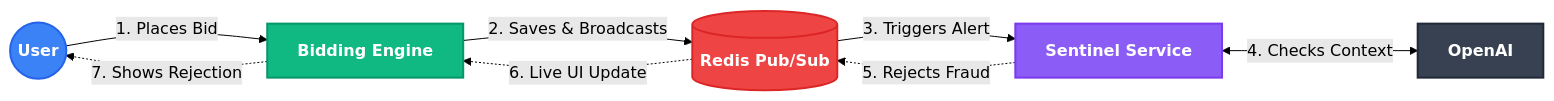
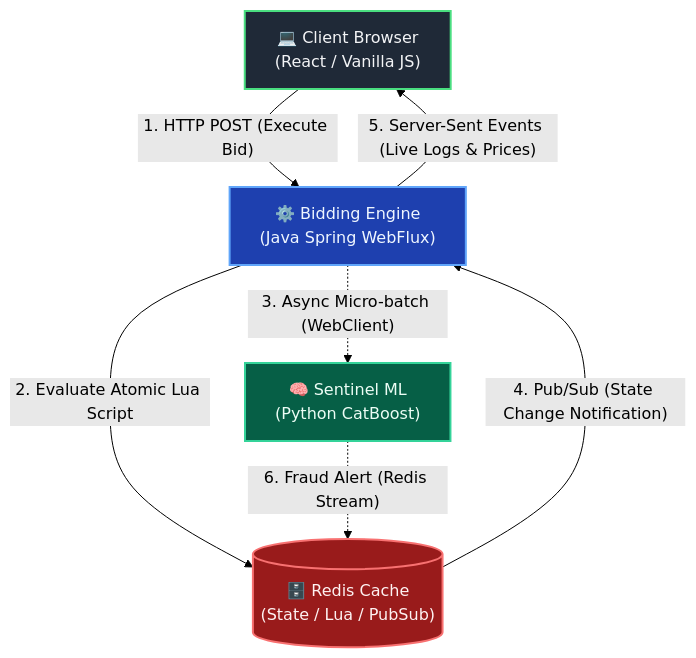
One commit to walker-systems/auction-system changed the first of 2 diagrams in docs/index.md. Above: the diagram before and after it, drawn with Mermaid (forest theme). The commit also changed other lines of this file, not shown here.

````diff
--- a/docs/index.md
+++ b/docs/index.md
@@ -9,25 +34,22 @@
 ```mermaid
-graph LR
-    %% Define styles
-    classDef user fill:#3b82f6,stroke:#2563eb,stroke-width:2px,color:#fff,font-weight:bold;
-    classDef core fill:#10b981,stroke:#059669,stroke-width:2px,color:#fff,font-weight:bold;
-    classDef db fill:#ef4444,stroke:#dc2626,stroke-width:2px,color:#fff,font-weight:bold;
-    classDef ai fill:#8b5cf6,stroke:#7c3aed,stroke-width:2px,color:#fff,font-weight:bold;
-    classDef external fill:#374151,stroke:#1f2937,stroke-width:2px,color:#fff,font-weight:bold;
+graph TD
+    %% Styling Definitions
+    classDef client fill:#1f2937,stroke:#4ade80,stroke-width:2px,color:#f3f4f6
+    classDef engine fill:#1e40af,stroke:#60a5fa,stroke-width:2px,color:#eff6ff
+    classDef redis fill:#991b1b,stroke:#f87171,stroke-width:2px,color:#fef2f2
+    classDef python fill:#065f46,stroke:#34d399,stroke-width:2px,color:#ecfdf5
 
     %% Nodes
-    User((User)):::user
-    BE[Bidding Engine]:::core
-    Redis[(Redis Pub/Sub)]:::db
-    Sentinel[Sentinel Service]:::ai
-    LLM[OpenAI]:::external
+    Client["💻 Client Browser<br/>(React / Vanilla JS)"]:::client
+    Engine["⚙️ Bidding Engine<br/>(Java Spring WebFlux)"]:::engine
+    Redis[("🗄️ Redis Cache<br/>(State / Lua / PubSub)")]:::redis
+    Sentinel["🧠 Sentinel ML<br/>(Python CatBoost)"]:::python
 
-    %% Flow
-    User -->|1. Places Bid| BE
-    BE -->|2. Saves & Broadcasts| Redis
-    Redis -->|3. Triggers Alert| Sentinel
-    Sentinel <-->|4. Checks Context| LLM
-    Sentinel -.->|5. Rejects Fraud| Redis
-    Redis -.->|6. Live UI Update| BE
-    BE -.->|7. Shows Rejection| User
+    %% Connections
+    Client -- "1. HTTP POST (Execute Bid)" --> Engine
+    Engine -- "2. Evaluate Atomic Lua Script" --> Redis
+    Engine -. "3. Async Micro-batch (WebClient)" .-> Sentinel
+    Redis -- "4. Pub/Sub (State Change Notification)" --> Engine
+    Engine -- "5. Server-Sent Events (Live Logs & Prices)" --> Client
+    Sentinel -. "6. Fraud Alert (Redis Stream)" .-> Redis
 ```
````
